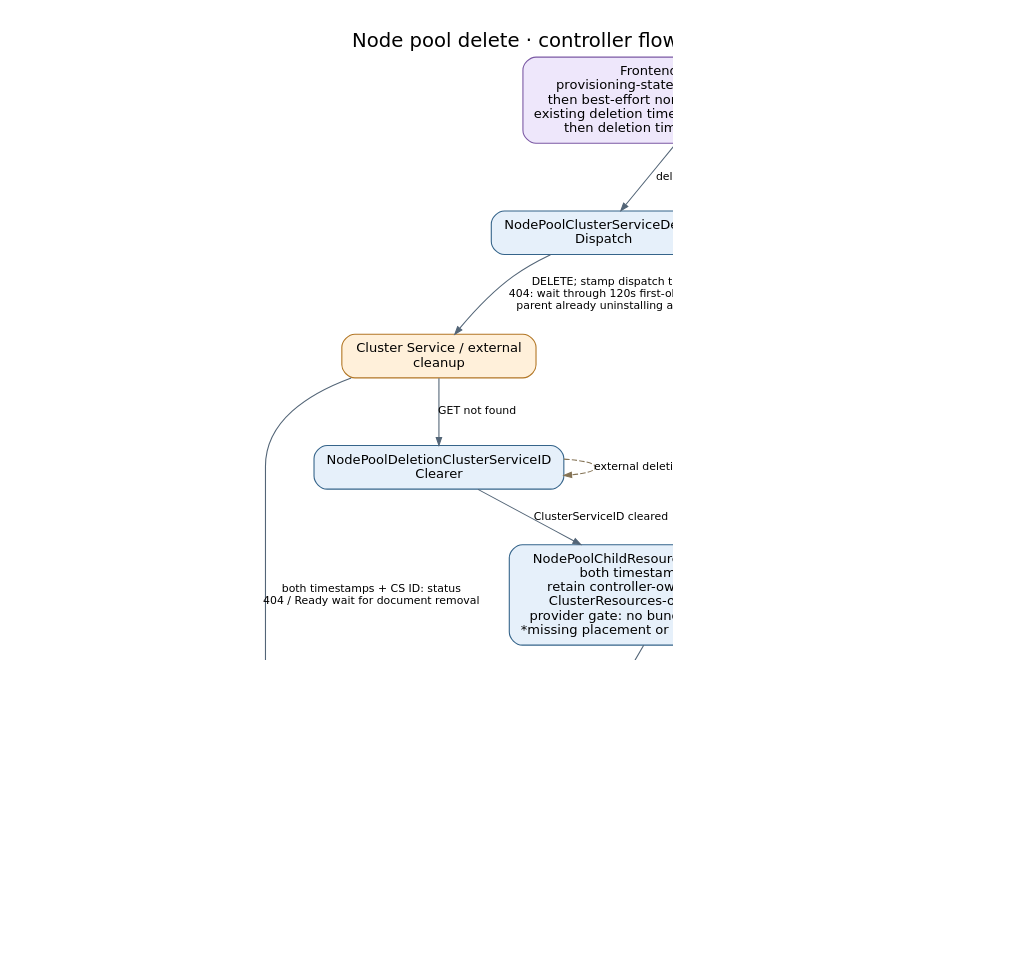
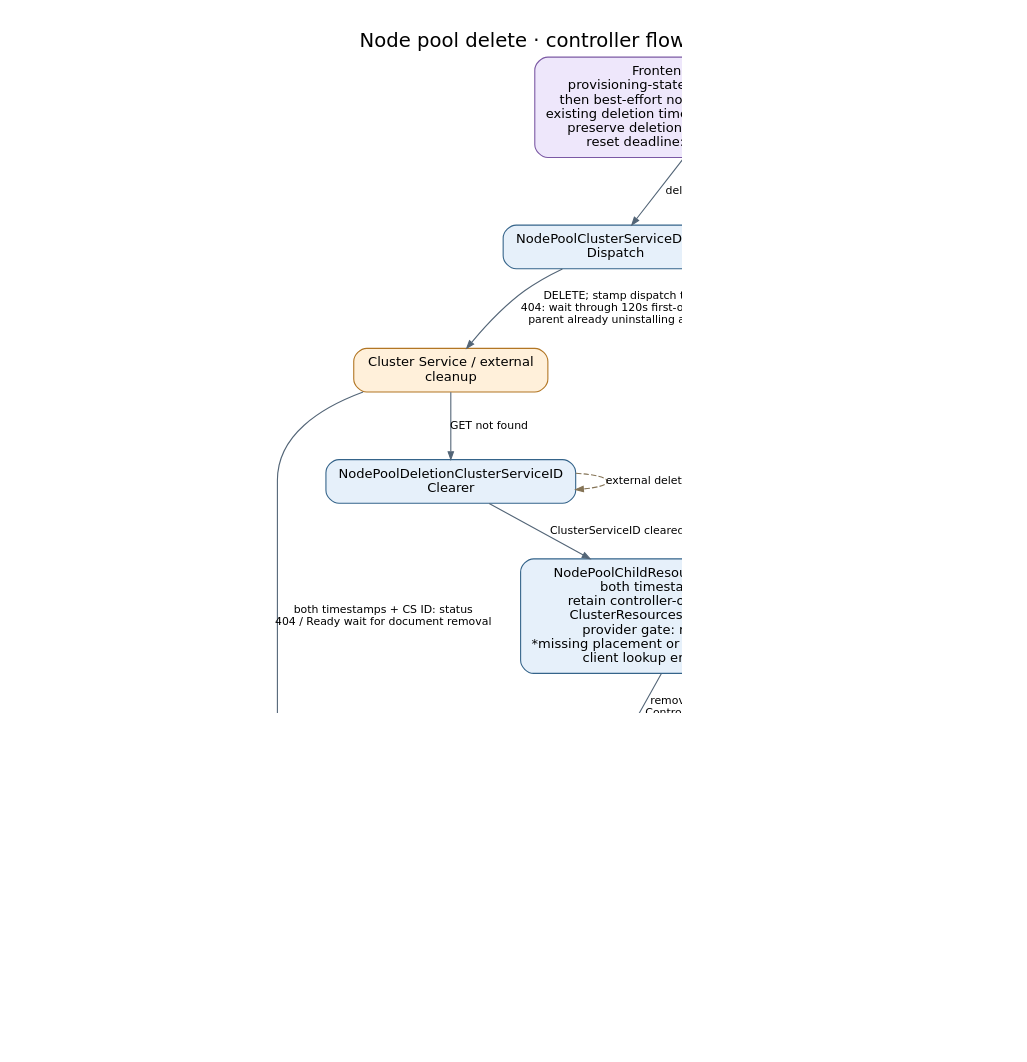
Before and after one commit to Azure/ARO-HCP: the diagram in docs/generated/diagrams/controller-flows/nodepool-delete.dot, drawn with Graphviz. The commit also changed 38 other files, not shown here.

Commit message:
docs: reconcile service-provider cleanup and API contracts

```diff
--- a/docs/generated/diagrams/controller-flows/nodepool-delete.dot
+++ b/docs/generated/diagrams/controller-flows/nodepool-delete.dot
@@ -1,27 +1,27 @@
 digraph nodepool_delete {
   graph [rankdir=TB, bgcolor="white", pad="0.3", nodesep="0.4", ranksep="0.55", fontname="DejaVu Sans", fontsize=18, labelloc=t, label="Node pool delete · controller flow", dpi=110];
   node [shape=box, style="rounded,filled", fillcolor="#e6f0fa", color="#35648a", fontname="DejaVu Sans", fontsize=12, margin="0.16,0.10"];
   edge [color="#536577", fontname="DejaVu Sans", fontsize=10, arrowsize=0.7];
-  api [label="Frontend DELETE node pool\nprovisioning-state conflicts first (Deleting: 409)\nthen best-effort nondeleting cached-sibling check\nexisting deletion timestamp bypasses only that check\nthen deletion timestamp + Delete Operation", fillcolor="#eee7fb", color="#7b59a4"];
+  api [label="Frontend DELETE node pool\nprovisioning-state conflicts first (Deleting: 409)\nthen best-effort nondeleting cached-sibling check\nexisting deletion timestamp bypasses only that check\npreserve deletion timestamp; Delete Operation\nreset deadline: 50m or persisted override", fillcolor="#eee7fb", color="#7b59a4"];
   dispatch [label="NodePoolClusterServiceDelete\nDispatch", fillcolor="#e6f0fa", color="#35648a"];
   cs [label="Cluster Service / external \ncleanup", fillcolor="#fff0da", color="#b27624"];
   clear [label="NodePoolDeletionClusterServiceID\nClearer", fillcolor="#e6f0fa", color="#35648a"];
   resources [label="ClusterResources", fillcolor="#e6f0fa", color="#35648a"];
-  cleanup [label="NodePoolChildResourcesCleanupController\nboth timestamps + nil CS ID\nretain controller-owned ApplyDesires /\nClusterResources-owned ReadDesires\nprovider gate: no bundles / scoped desires*\n*missing placement or client skips desire gate", fillcolor="#e6f0fa", color="#35648a"];
-  final [label="NodePoolDeletionController\nno ApplyDesires* / bundles / non-controller children\n*missing parent placement bypasses desire checks;\nknown placement without client waits here", fillcolor="#e6f0fa", color="#35648a"];
-  op [label="OperationNodePoolDelete\nno local delete deadline", fillcolor="#e6f0fa", color="#35648a"];
+  cleanup [label="NodePoolChildResourcesCleanupController\nboth timestamps + nil CS ID\nretain controller-owned ApplyDesires /\nClusterResources-owned ReadDesires\nprovider gate: no scoped desires*\n*missing placement or nil client skips desire gate\nclient lookup errors block cleanup", fillcolor="#e6f0fa", color="#35648a"];
+  final [label="NodePoolDeletionController\nno ApplyDesires* / non-controller children\n*missing parent placement bypasses desire checks;\nknown placement with nil client waits here\nclient lookup errors block deletion", fillcolor="#e6f0fa", color="#35648a"];
+  op [label="OperationNodePoolDelete\nmatching owner while resource exists;\n50m default delete deadline before CS guards", fillcolor="#e6f0fa", color="#35648a"];
   done [label="ARM Delete Operation Succeeded", fillcolor="#e4f2e5", color="#4c8053"];
-  failed [label="ARM Delete Operation Failed\nInternalServerError + CS message", fillcolor="#fbe4e4", color="#9b4d4d"];
+  failed [label="ARM Delete Operation Failed\ndeadline: DeadlineExceeded\nCS failure: InternalServerError + message", fillcolor="#fbe4e4", color="#9b4d4d"];
   api -> dispatch [label="deletion requested"];
   api -> resources [label="skip deleting node pool; reap\nintents"];
   dispatch -> cs [label="DELETE; stamp dispatch timestamp\n404: wait through 120s first-observed grace\nparent already uninstalling also accepted"];
   dispatch -> cleanup [label="nil ID: stamp after 120s first-observed grace\n(empty nonnil ID does not pass cleanup)"];
   cs -> clear [label="GET not found"];
   clear -> cleanup [label="ClusterServiceID cleared"];
   cleanup -> final [label="remove eligible descendants;\nController documents excluded"];
   cs -> op [label="both timestamps + CS ID: status\n404 / Ready wait for document removal"];
-  op -> failed [label="CS Error / RecoverableError"];
+  op -> failed [label="CS Error / RecoverableError\nor remaining document past deadline"];
   final -> op [label="node-pool document deleted"];
   op -> done [label="absence observed"];
   clear -> clear [label="external deletion pending", style=dashed, color="#857456", constraint=false];
 }
```
